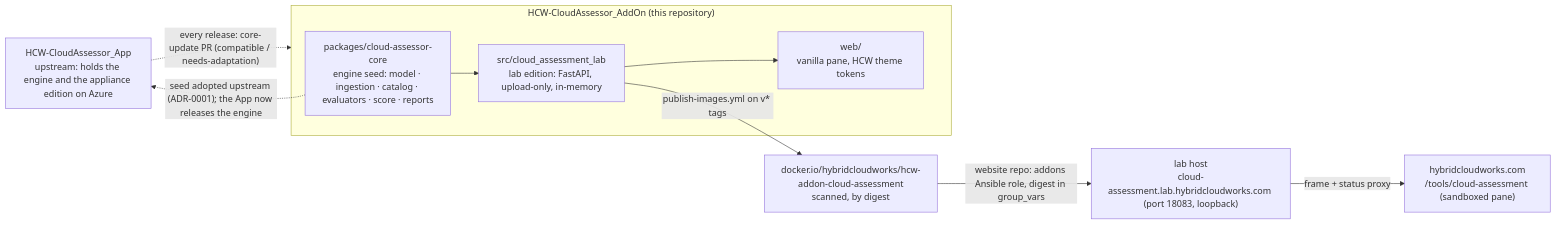
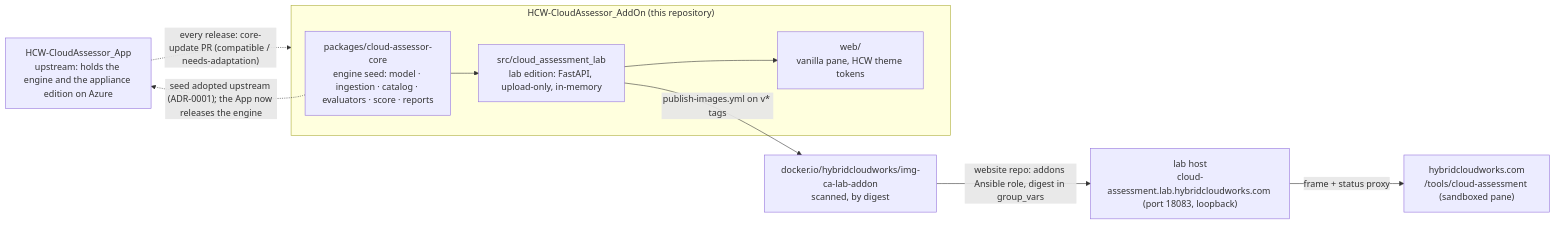
Before and after one commit to saulpatinojr/HCW-CloudAssessor_AddOn: the diagram in README.md, drawn with Mermaid. The commit also changed other lines of this file and 8 other files, not shown here.

First line of the commit message:
Lab image follows the img-<short>-<job>-<type> convention: img-ca-lab-addon (plus tag hardening) (#38)

````diff
--- a/README.md
+++ b/README.md
@@ -30,18 +30,18 @@
 ```mermaid
 flowchart LR
   App["HCW-CloudAssessor_App<br/>upstream: holds the engine and the appliance edition on Azure"]
   subgraph AddOn["HCW-CloudAssessor_AddOn (this repository)"]
     Core["packages/cloud-assessor-core<br/>engine seed: model · ingestion · catalog · evaluators · score · reports"]
     Lab["src/cloud_assessment_lab<br/>lab edition: FastAPI, upload-only, in-memory"]
     Pane["web/<br/>vanilla pane, HCW theme tokens"]
     Core --> Lab --> Pane
   end
-  Image["docker.io/hybridcloudworks/hcw-addon-cloud-assessment<br/>scanned, by digest"]
+  Image["docker.io/hybridcloudworks/img-ca-lab-addon<br/>scanned, by digest"]
   Host["lab host<br/>cloud-assessment.lab.hybridcloudworks.com (port 18083, loopback)"]
   Site["hybridcloudworks.com<br/>/tools/cloud-assessment (sandboxed pane)"]
   Lab -- "publish-images.yml on v* tags" --> Image
   Image -- "website repo: addons Ansible role, digest in group_vars" --> Host
   Host -- "frame + status proxy" --> Site
   Core -. "seed adopted upstream (ADR-0001); the App now releases the engine" .-> App
   App -. "every release: core-update PR (compatible / needs-adaptation)" .-> AddOn
 ```
````
